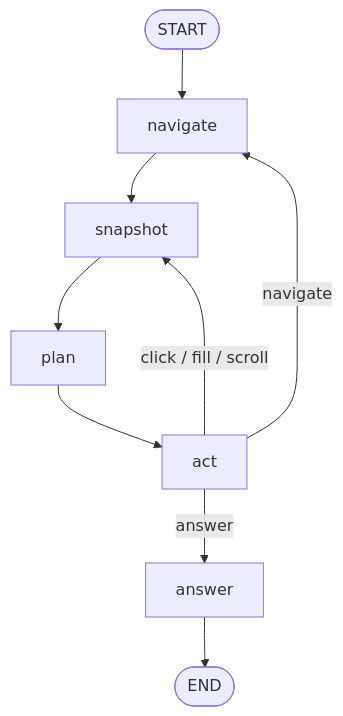
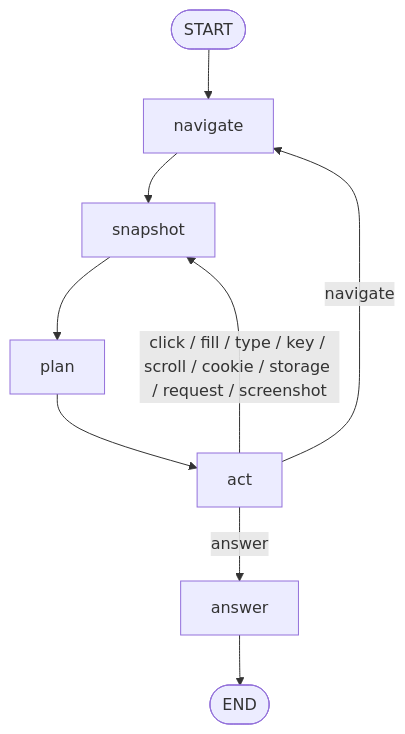
Before and after one commit to KeyValueSoftwareSystems/fastbrowse: the diagram in README.md, drawn with Mermaid. The commit also changed other lines of this file and 7 other files, not shown here.

````diff
--- a/README.md
+++ b/README.md
@@ -14,11 +14,11 @@
 ```mermaid
 flowchart TD
     START([START]) --> navigate
     navigate --> snapshot
     snapshot --> plan
     plan --> act
-    act -->|"click / fill / scroll"| snapshot
+    act -->|"click / fill / type / key / scroll / cookie / storage / request / screenshot"| snapshot
     act -->|navigate| navigate
     act -->|answer| answer
     answer --> END([END])
 ```
````
